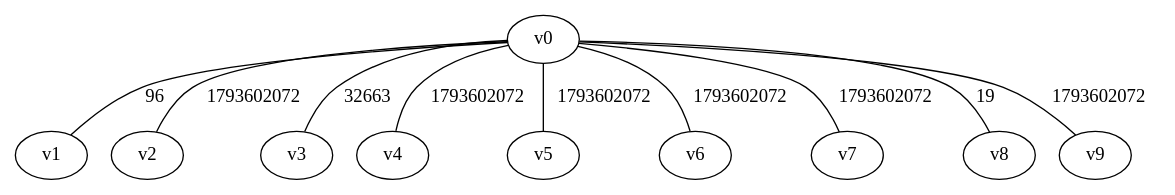
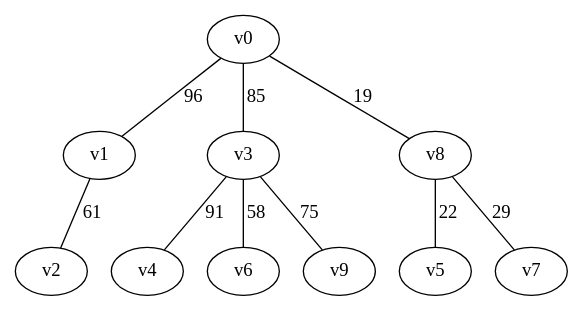
The diagram in outputs/gn10_bfs_2.dot (japie1235813/Algo_PA3), drawn with Graphviz before and after one commit. The commit also changed 5 other files, not shown here.

```diff
--- a/outputs/gn10_bfs_2.dot
+++ b/outputs/gn10_bfs_2.dot
@@ -1,11 +1,11 @@
 graph gn10_bfs {
 v0 -- v1 [label = "96"];
-v0 -- v2 [label = "1793602072"];
-v0 -- v3 [label = "32663"];
-v0 -- v4 [label = "1793602072"];
-v0 -- v5 [label = "1793602072"];
-v0 -- v6 [label = "1793602072"];
-v0 -- v7 [label = "1793602072"];
+v0 -- v3 [label = "85"];
 v0 -- v8 [label = "19"];
-v0 -- v9 [label = "1793602072"];
+v1 -- v2 [label = "61"];
+v3 -- v4 [label = "91"];
+v3 -- v6 [label = "58"];
+v3 -- v9 [label = "75"];
+v8 -- v5 [label = "22"];
+v8 -- v7 [label = "29"];
 }
```
